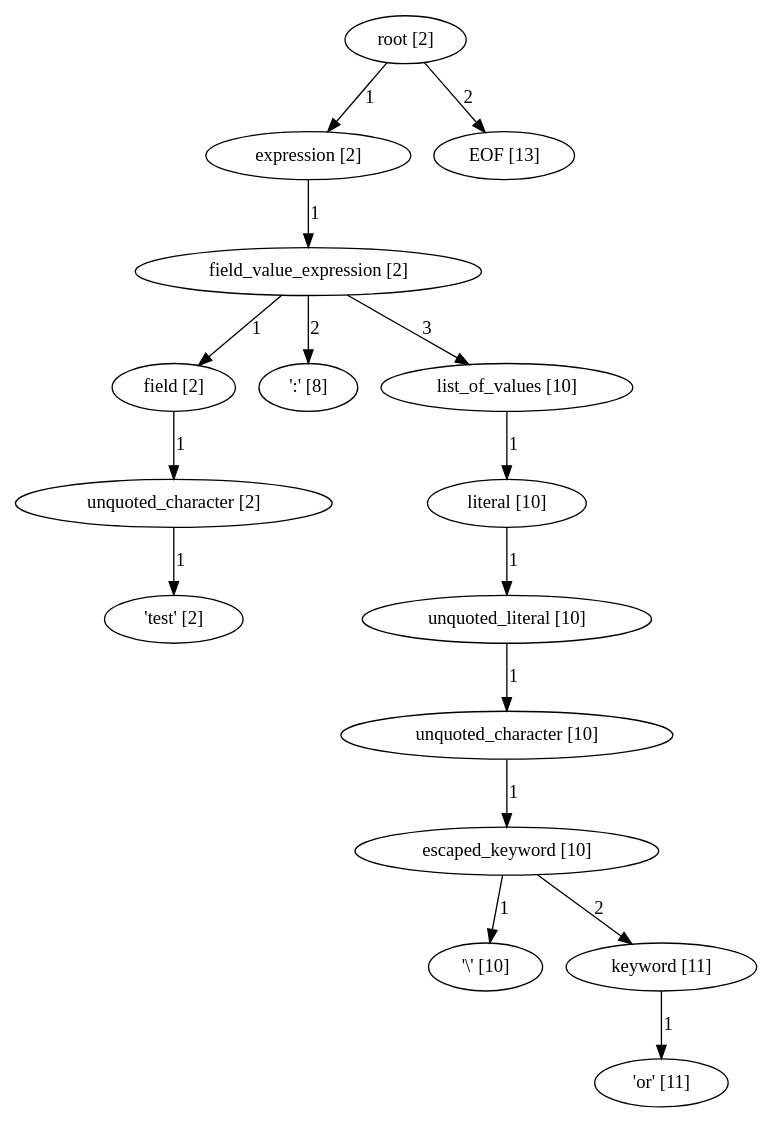
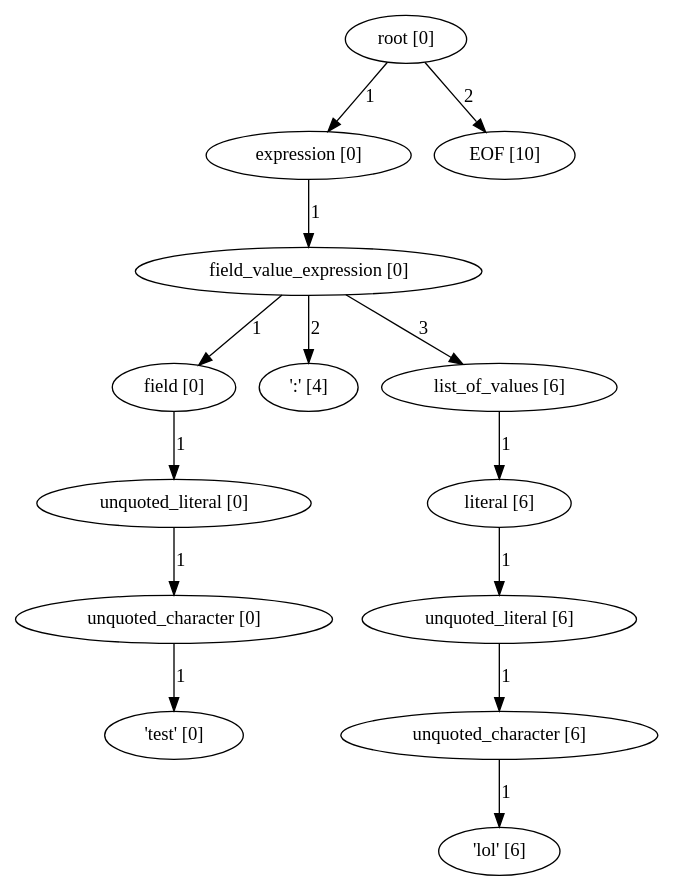
The diagram in root_parse_tree.dot (Aloshi/kql-parser), drawn with Graphviz before and after one commit. The commit also changed 5 other files, not shown here.

```diff
--- a/root_parse_tree.dot
+++ b/root_parse_tree.dot
@@ -1,48 +1,42 @@
 digraph arpeggio_graph {
-2191615521344 [label="root [2]"];
-2191615521344->2191615521216 [label="1"]
+1885908983616 [label="root [0]"];
+1885908983616->1885908983488 [label="1"]
 
-2191615521216 [label="expression [2]"];
-2191615521216->2191615521088 [label="1"]
+1885908983488 [label="expression [0]"];
+1885908983488->1885908983360 [label="1"]
 
-2191615521088 [label="field_value_expression [2]"];
-2191615521088->2191589392192 [label="1"]
+1885908983360 [label="field_value_expression [0]"];
+1885908983360->1885908982720 [label="1"]
 
-2191589392192 [label="field [2]"];
-2191589392192->2191589517760 [label="1"]
+1885908982720 [label="field [0]"];
+1885908982720->1885908982592 [label="1"]
 
-2191589517760 [label="unquoted_character [2]"];
-2191589517760->2191615238656 [label="1"]
+1885908982592 [label="unquoted_literal [0]"];
+1885908982592->1885908981440 [label="1"]
 
-2191615238656 [label=" 'test' [2]"];
-2191615521088->2191589469312 [label="2"]
+1885908981440 [label="unquoted_character [0]"];
+1885908981440->1885909279344 [label="1"]
 
-2191589469312 [label=" ':' [8]"];
-2191615521088->2191615520960 [label="3"]
+1885909279344 [label=" 'test' [0]"];
+1885908983360->1885909279456 [label="2"]
 
-2191615520960 [label="list_of_values [10]"];
-2191615520960->2191615520832 [label="1"]
+1885909279456 [label=" ':' [4]"];
+1885908983360->1885908983232 [label="3"]
 
-2191615520832 [label="literal [10]"];
-2191615520832->2191614897984 [label="1"]
+1885908983232 [label="list_of_values [6]"];
+1885908983232->1885908983104 [label="1"]
 
-2191614897984 [label="unquoted_literal [10]"];
-2191614897984->2191614897728 [label="1"]
+1885908983104 [label="literal [6]"];
+1885908983104->1885908982848 [label="1"]
 
-2191614897728 [label="unquoted_character [10]"];
-2191614897728->2191614897600 [label="1"]
+1885908982848 [label="unquoted_literal [6]"];
+1885908982848->1885908982976 [label="1"]
 
-2191614897600 [label="escaped_keyword [10]"];
-2191614897600->2191615238880 [label="1"]
+1885908982976 [label="unquoted_character [6]"];
+1885908982976->1885909279904 [label="1"]
 
-2191615238880 [label=" '\\' [10]"];
-2191614897600->2191614897216 [label="2"]
+1885909279904 [label=" 'lol' [6]"];
+1885908983616->1885909279680 [label="2"]
 
-2191614897216 [label="keyword [11]"];
-2191614897216->2191615238992 [label="1"]
-
-2191615238992 [label=" 'or' [11]"];
-2191615521344->2191615238768 [label="2"]
-
-2191615238768 [label="EOF [13]"];
+1885909279680 [label="EOF [10]"];
 }
```
